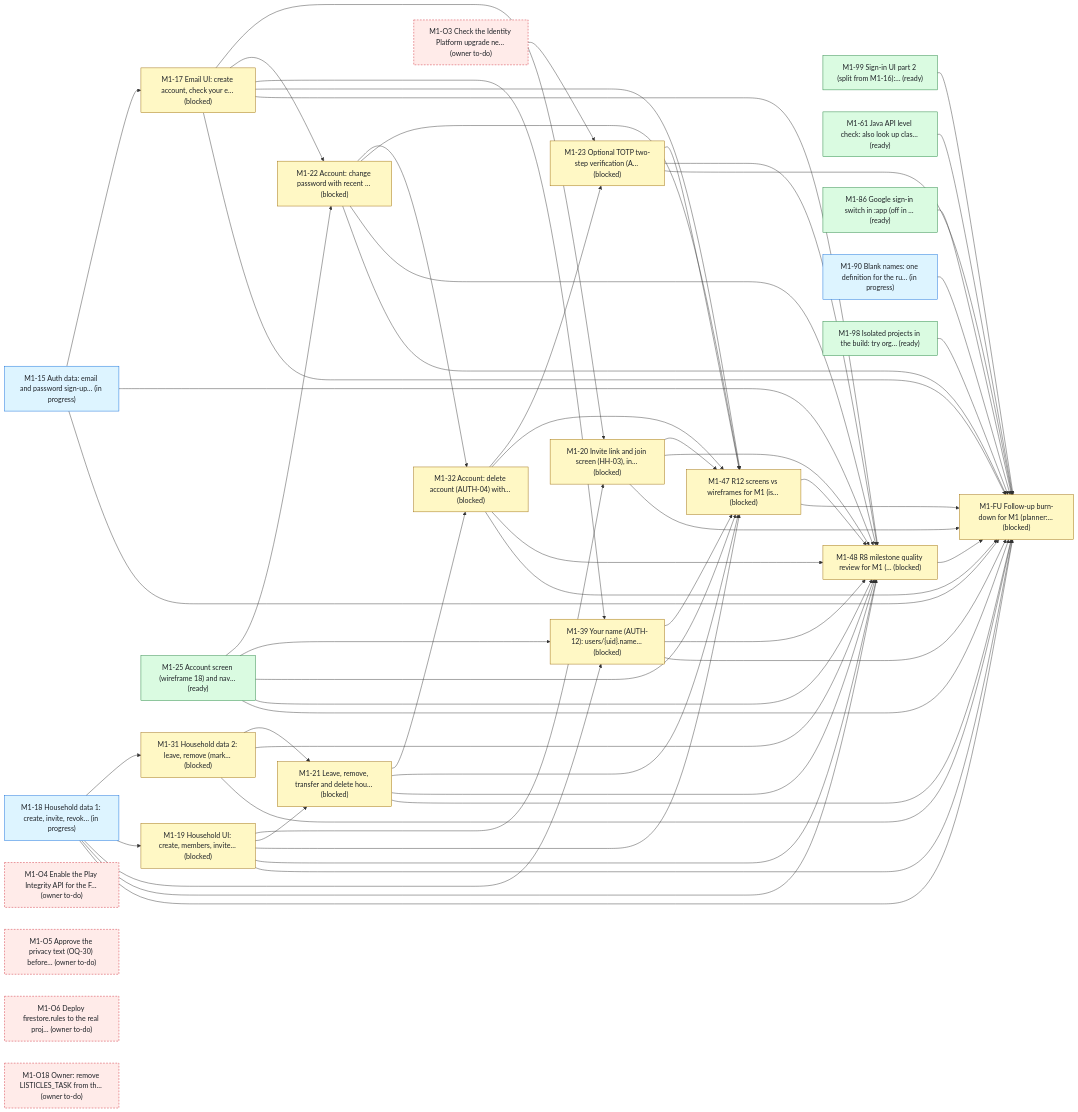
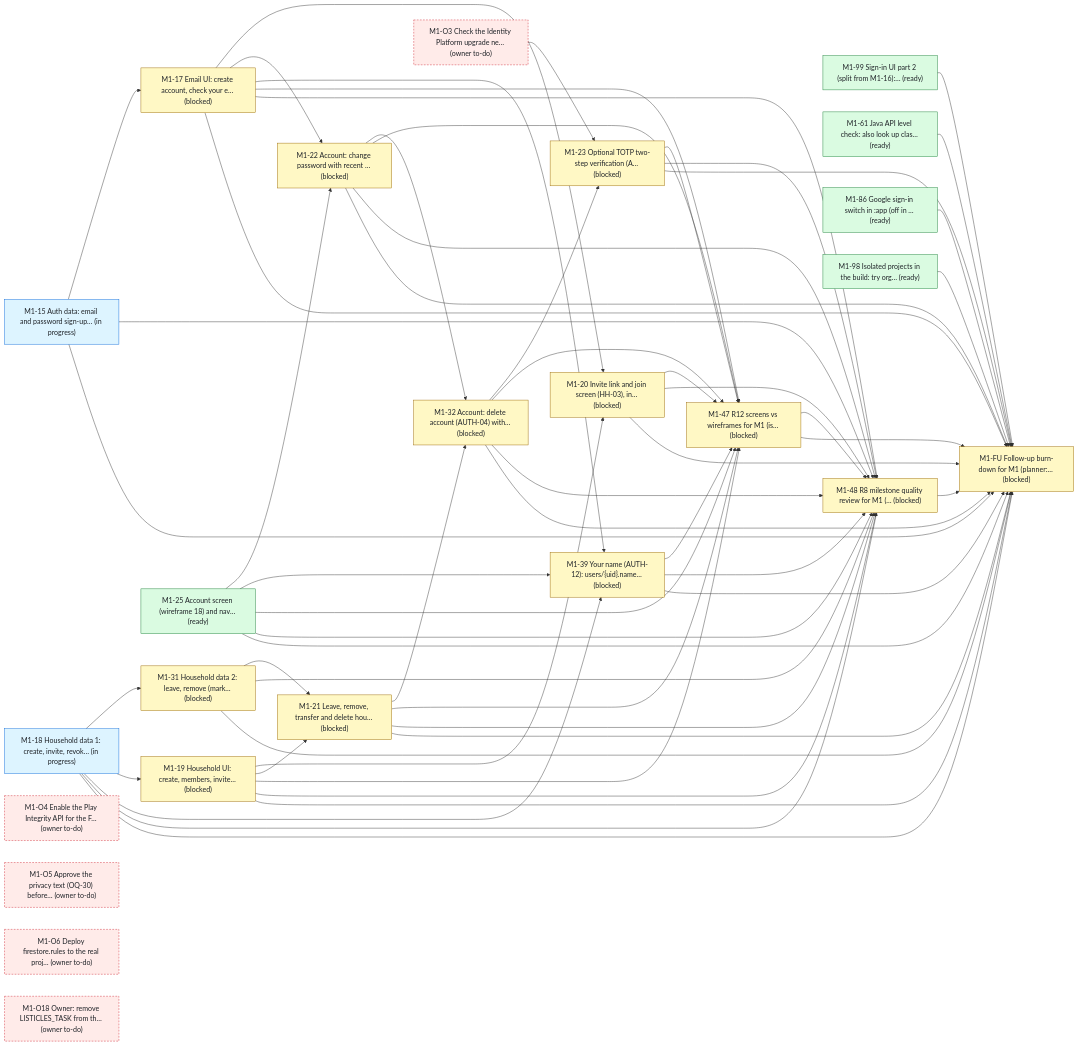
One commit to bondo/listicles2 changed the first of 4 diagrams in status.md. Above: the diagram before and after it, drawn with Mermaid. The commit also changed other lines of this file and 3 other files, not shown here.

```diff
--- a/status.md
+++ b/status.md
@@ -265,9 +265,8 @@
     n19["M1-O5 Approve the privacy text (OQ-30) before… (owner to-do)"]:::owner
     n20["M1-O6 Deploy firestore.rules to the real proj… (owner to-do)"]:::owner
     n21["M1-86 Google sign-in switch in :app (off in … (ready)"]:::ready
-    n22["M1-90 Blank names: one definition for the ru… (in progress)"]:::progress
-    n23["M1-98 Isolated projects in the build: try org… (ready)"]:::ready
-    n24["M1-O18 Owner: remove LISTICLES_TASK from th… (owner to-do)"]:::owner
+    n22["M1-98 Isolated projects in the build: try org… (ready)"]:::ready
+    n23["M1-O18 Owner: remove LISTICLES_TASK from th… (owner to-do)"]:::owner
     n0 --> n2
     n3 --> n4
     n3 --> n5
@@ -307,7 +306,6 @@
     n13 --> n15
     n14 --> n15
     n22 --> n16
-    n23 --> n16
     n1 --> n16
     n0 --> n16
     n2 --> n16
```
